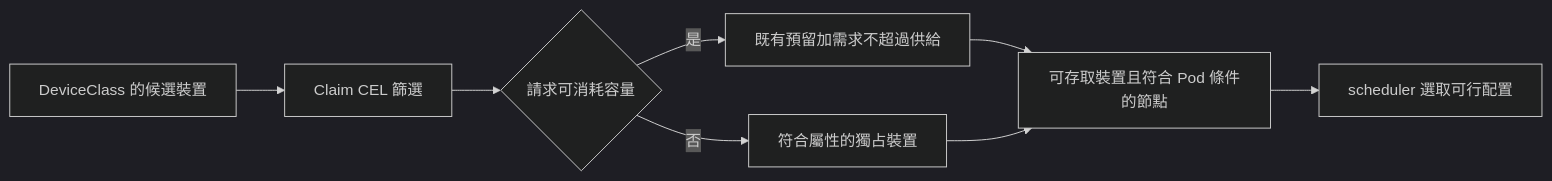
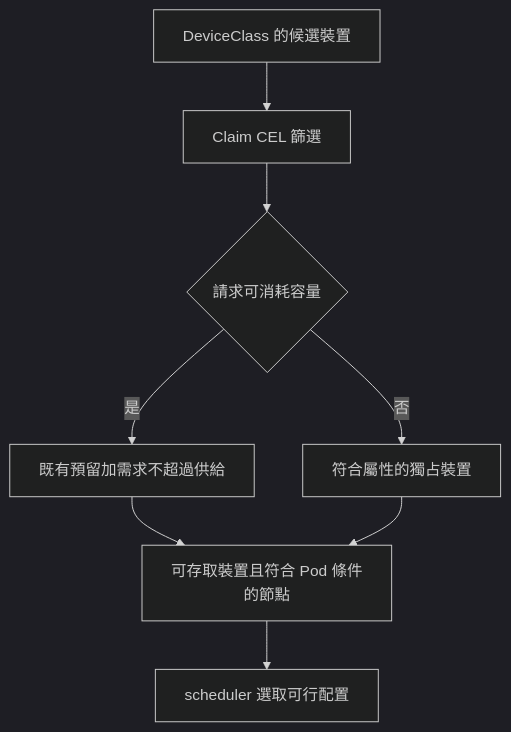
One commit to Daniel77871/dra-gpu-sharing-in-practice changed the first of 2 diagrams in book/06-heterogeneous/selection.md. Above: the diagram before and after it, drawn with Mermaid (dark theme). The commit also changed other lines of this file and 15 other files, not shown here.

First line of the commit message:
Fit wide Mermaid diagrams to the GitHub page width

````diff
--- a/book/06-heterogeneous/selection.md
+++ b/book/06-heterogeneous/selection.md
@@ -11,10 +11,10 @@
 ```mermaid
-flowchart LR
+flowchart TB
     A["DeviceClass 的候選裝置"] --> B["Claim CEL 篩選"]
     B --> C{"請求可消耗容量"}
     C -->|是| D["既有預留加需求不超過供給"]
     C -->|否| E["符合屬性的獨占裝置"]
-    D --> F["可存取裝置且符合 Pod 條件的節點"]
+    D --> F["可存取裝置且符合 Pod 條件<br/>的節點"]
     E --> F
     F --> G["scheduler 選取可行配置"]
 ```
````
